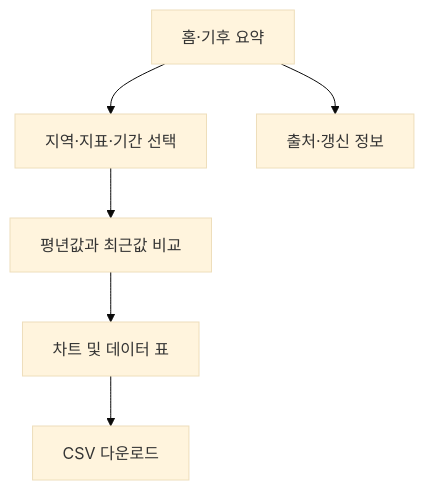
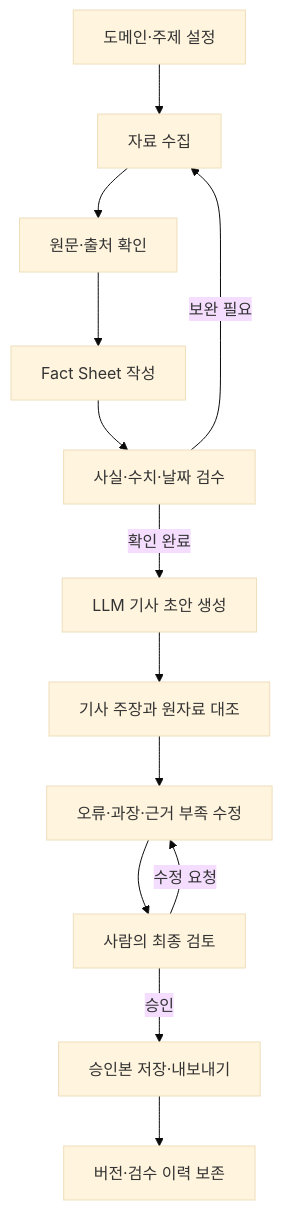
The first of 2 diagrams in README.md (sinyoungk0711-droid/weather_app), drawn with Mermaid (base theme) before and after one commit. The commit also changed other lines of this file, not shown here.

````diff
--- a/README.md
+++ b/README.md
@@ -50,8 +106,15 @@
 ```mermaid
 flowchart TD
-    A[홈·기후 요약] --> B[지역·지표·기간 선택]
-    B --> C[평년값과 최근값 비교]
-    C --> D[차트 및 데이터 표]
-    D --> E[CSV 다운로드]
-    A --> F[출처·갱신 정보]
+    A[도메인·주제 설정] --> B[자료 수집]
+    B --> C[원문·출처 확인]
+    C --> D[Fact Sheet 작성]
+    D --> E[사실·수치·날짜 검수]
+    E -->|보완 필요| B
+    E -->|확인 완료| F[LLM 기사 초안 생성]
+    F --> G[기사 주장과 원자료 대조]
+    G --> H[오류·과장·근거 부족 수정]
+    H --> I[사람의 최종 검토]
+    I -->|수정 요청| H
+    I -->|승인| J[승인본 저장·내보내기]
+    J --> K[버전·검수 이력 보존]
 ```
````
